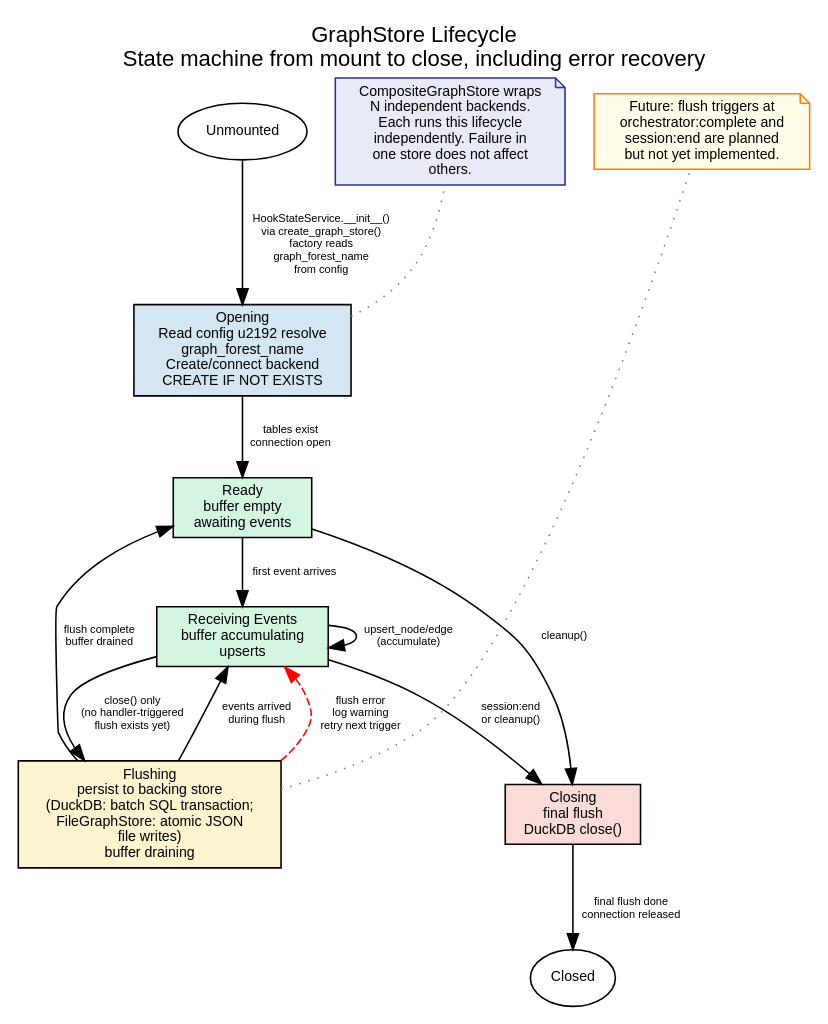
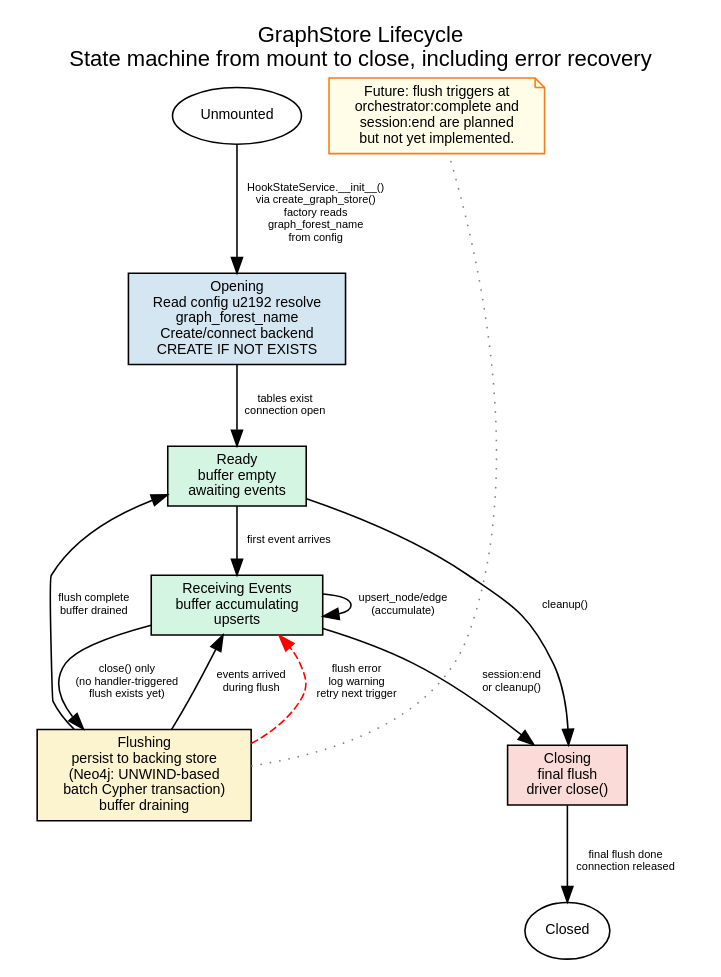
The diagram in context/graph-store-lifecycle.dot (microsoft/amplifier-bundle-context-intelligence), drawn with Graphviz before and after one commit. The commit also changed 80 other files, not shown here.

```diff
--- a/context/graph-store-lifecycle.dot
+++ b/context/graph-store-lifecycle.dot
@@ -1,49 +1,46 @@
 digraph lifecycle {
     rankdir=TB;
     label="GraphStore Lifecycle\nState machine from mount to close, including error recovery";
     labelloc=t;
     fontsize=14;
     fontname="Helvetica";
     node [fontname="Helvetica", fontsize=9];
     edge [fontname="Helvetica", fontsize=7];
 
     // States
     unmounted [label="Unmounted" shape=oval];
     opening [label="Opening\nRead config \u2192 resolve\ngraph_forest_name\nCreate/connect backend\nCREATE IF NOT EXISTS"
              shape=box style=filled fillcolor="#D4E6F1"];
     ready [label="Ready\nbuffer empty\nawaiting events"
            shape=box style=filled fillcolor="#D5F5E3"];
     receiving [label="Receiving Events\nbuffer accumulating\nupserts"
                shape=box style=filled fillcolor="#D5F5E3"];
-    flushing [label="Flushing\npersist to backing store\n(DuckDB: batch SQL transaction;\nFileGraphStore: atomic JSON\nfile writes)\nbuffer draining"
+    flushing [label="Flushing\npersist to backing store\n(Neo4j: UNWIND-based\nbatch Cypher transaction)\nbuffer draining"
               shape=box style=filled fillcolor="#FCF3CF"];
-    closing [label="Closing\nfinal flush\nDuckDB close()"
+    closing [label="Closing\nfinal flush\ndriver close()"
              shape=box style=filled fillcolor="#FADBD8"];
     closed [label="Closed" shape=oval];
 
     // Transitions
     unmounted -> opening [label="HookStateService.__init__()\nvia create_graph_store()\nfactory reads\ngraph_forest_name\nfrom config"];
     opening -> ready [label="tables exist\nconnection open"];
     ready -> receiving [label="first event arrives"];
     receiving -> receiving [label="upsert_node/edge\n(accumulate)"];
     receiving -> flushing [label="close() only\n(no handler-triggered\nflush exists yet)"];
     flushing -> ready [label="flush complete\nbuffer drained"];
     flushing -> receiving [label="events arrived\nduring flush"];
     receiving -> closing [label="session:end\nor cleanup()"];
     ready -> closing [label="cleanup()"];
     closing -> closed [label="final flush done\nconnection released"];
 
     // Error path
     flushing -> receiving [label="flush error\nlog warning\nretry next trigger"
                            style=dashed color=red];
 
     // Notes
     node [shape=note, style=filled, penwidth=1];
     note_flush [label="Future: flush triggers at\norchestrator:complete and\nsession:end are planned\nbut not yet implemented."
                 fillcolor="#FFFDE7" color="#F57F17"];
     flushing -> note_flush [style=dotted color=gray arrowhead=none constraint=false];
 
-    note_composite [label="CompositeGraphStore wraps\nN independent backends.\nEach runs this lifecycle\nindependently. Failure in\none store does not affect\nothers."
-                    fillcolor="#E8EAF6" color="#283593"];
-    opening -> note_composite [style=dotted color=gray arrowhead=none constraint=false];
 }
```
